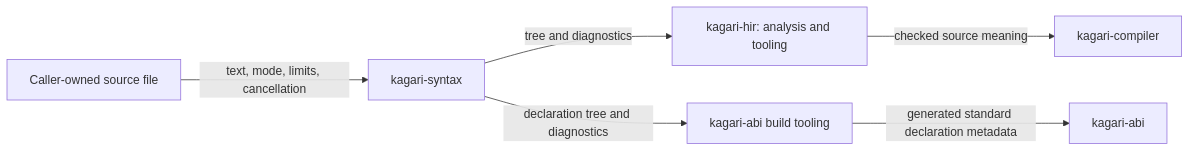
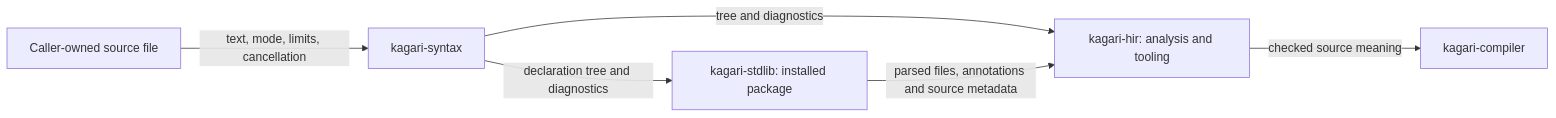
One commit to kagari-lang/kagari changed the first of 3 diagrams in docs/architecture/syntax.md. Above: the diagram before and after it, drawn with Mermaid. The commit also changed other lines of this file and 17 other files, not shown here.

First line of the commit message:
refactor(abi)!: remove generated standard source catalogs

````diff
--- a/docs/architecture/syntax.md
+++ b/docs/architecture/syntax.md
@@ -23,8 +23,8 @@
 ```mermaid
 flowchart LR
     Source["Caller-owned source file"] -->|"text, mode, limits, cancellation"| Syntax
     Syntax["kagari-syntax"] -->|"tree and diagnostics"| HIR["kagari-hir: analysis and tooling"]
-    Syntax -->|"declaration tree and diagnostics"| Build["kagari-abi build tooling"]
+    Syntax -->|"declaration tree and diagnostics"| Stdlib["kagari-stdlib: installed package"]
     HIR -->|"checked source meaning"| Compiler["kagari-compiler"]
-    Build -->|"generated standard declaration metadata"| ABI["kagari-abi"]
+    Stdlib -->|"parsed files, annotations and source metadata"| HIR
 ```
````
